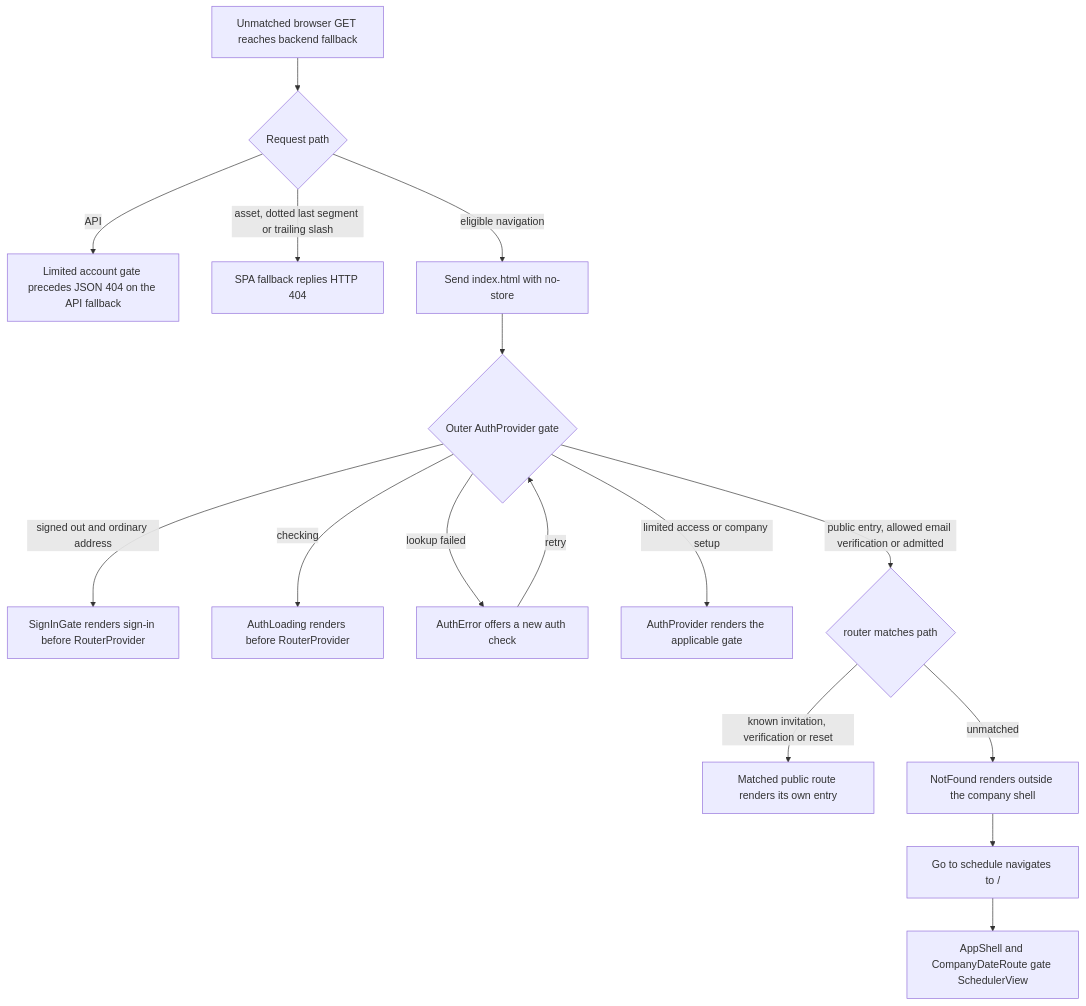
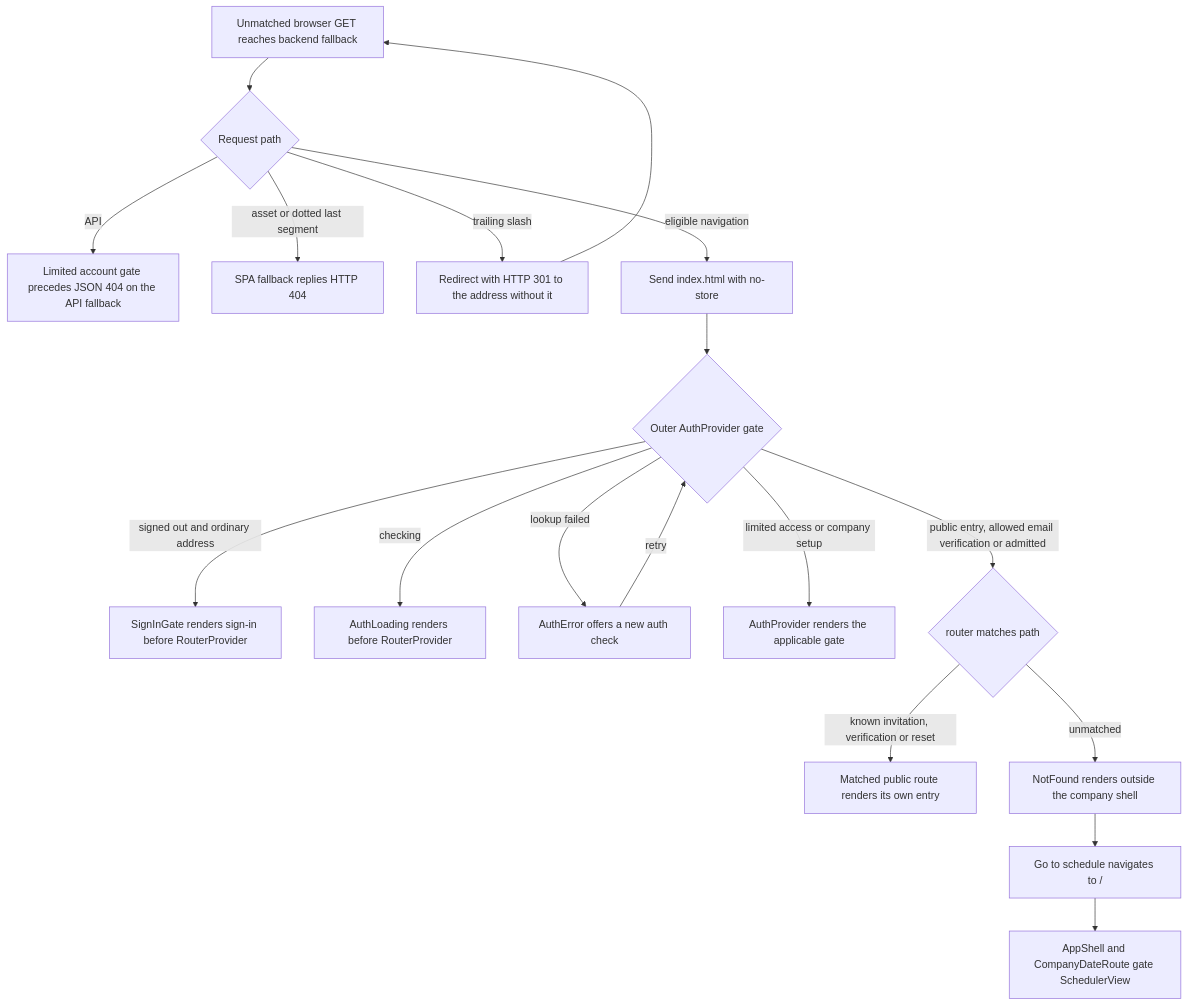
The second of 2 diagrams in user-stories/navigation/US-NAV-18-not-found-route.md (Kevinjohn/capacitylens), drawn with Mermaid before and after one commit. The commit also changed other lines of this file, not shown here.

Commit message:
Correct the not-found story for trailing slashes
A page address with a trailing slash is redirected to the address
without it; it no longer gets a 404. Point the code reference at the
page fallback route.

````diff
--- a/user-stories/navigation/US-NAV-18-not-found-route.md
+++ b/user-stories/navigation/US-NAV-18-not-found-route.md
@@ -36,18 +36,20 @@
 ```mermaid
 flowchart TD
   url["Unmatched browser GET reaches backend fallback"] --> type{"Request path"}
   type -->|API| api["Limited account gate precedes JSON 404 on the API fallback"]
-  type -->|asset, dotted last segment or trailing slash| http["SPA fallback replies HTTP 404"]
+  type -->|asset or dotted last segment| http["SPA fallback replies HTTP 404"]
+  type -->|trailing slash| slash["Redirect with HTTP 301 to the address without it"]
+  slash --> url
   type -->|eligible navigation| spa["Send index.html with no-store"]
   spa --> auth{"Outer AuthProvider gate"}
   auth -->|signed out and ordinary address| sign["SignInGate renders sign-in before RouterProvider"]
   auth -->|checking| loading["AuthLoading renders before RouterProvider"]
   auth -->|lookup failed| authError["AuthError offers a new auth check"]
   authError -->|retry| auth
   auth -->|limited access or company setup| limited["AuthProvider renders the applicable gate"]
   auth -->|public entry, allowed email verification or admitted| match{"router matches path"}
   match -->|known invitation, verification or reset| specifically["Matched public route renders its own entry"]
   match -->|unmatched| page["NotFound renders outside the company shell"]
   page --> link["Go to schedule navigates to /"]
   link --> root["AppShell and CompanyDateRoute gate SchedulerView"]
 ```
````
